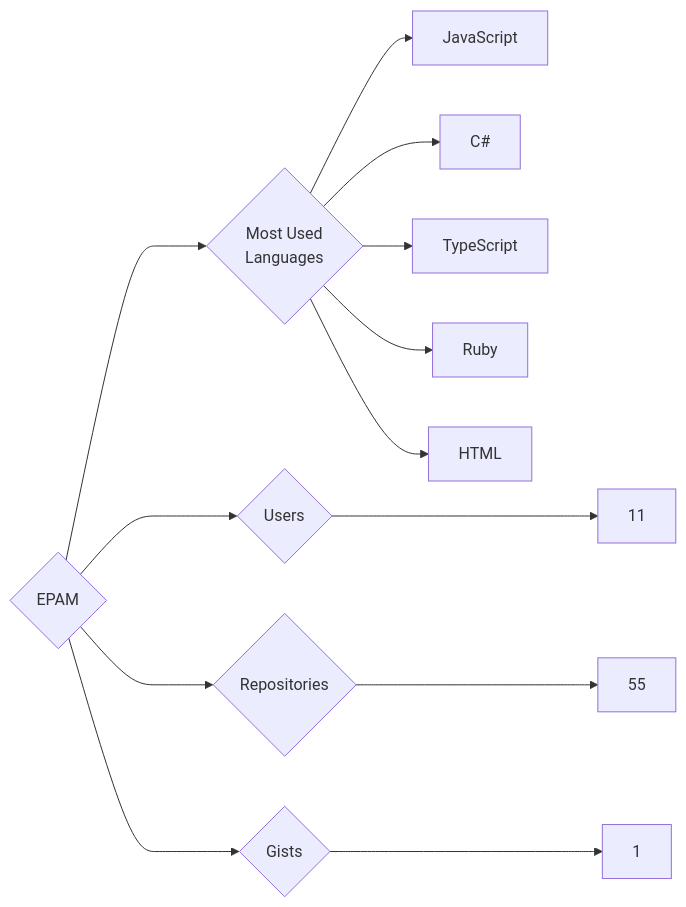
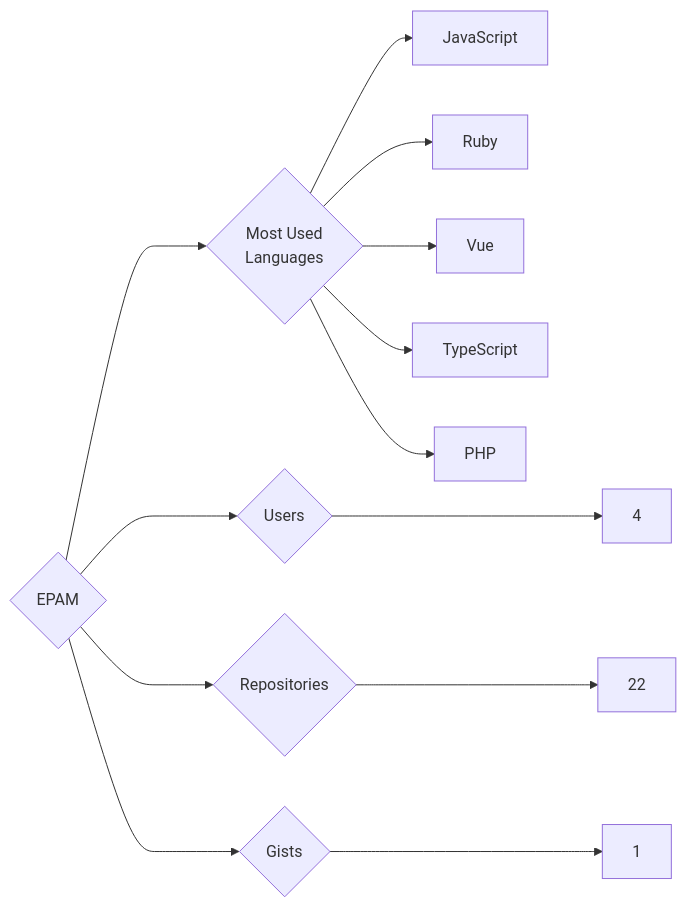
The diagram in targets/EPAM/README.md (trickest/insiders), drawn with Mermaid before and after one commit. The commit also changed 1078 other files, not shown here.

````diff
--- a/targets/EPAM/README.md
+++ b/targets/EPAM/README.md
@@ -3,13 +3,13 @@
 ```mermaid
 graph LR
 COMPANY_NAME{EPAM}
-COMPANY_NAME ---> U{Users} ---> UN[11]
-COMPANY_NAME ---> R{Repositories} ---> RN[55]
+COMPANY_NAME ---> U{Users} ---> UN[4]
+COMPANY_NAME ---> R{Repositories} ---> RN[22]
 COMPANY_NAME ---> G{Gists} ---> GN[1]
 COMPANY_NAME ---> ML{Most Used<br>Languages}
 ML --> JavaScript[JavaScript]
-ML --> C#[C#]
+ML --> Ruby[Ruby]
+ML --> Vue[Vue]
 ML --> TypeScript[TypeScript]
-ML --> Ruby[Ruby]
-ML --> HTML[HTML]
+ML --> PHP[PHP]
 ```
````
